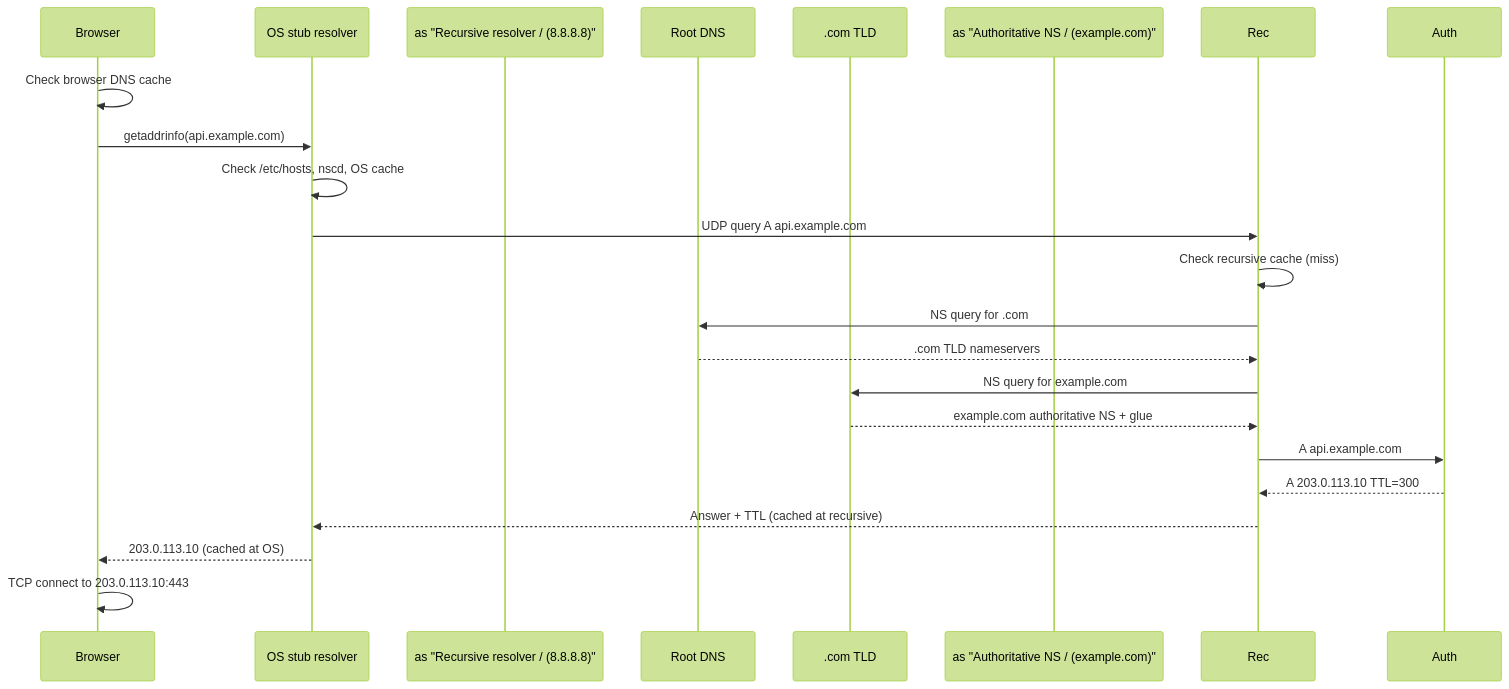
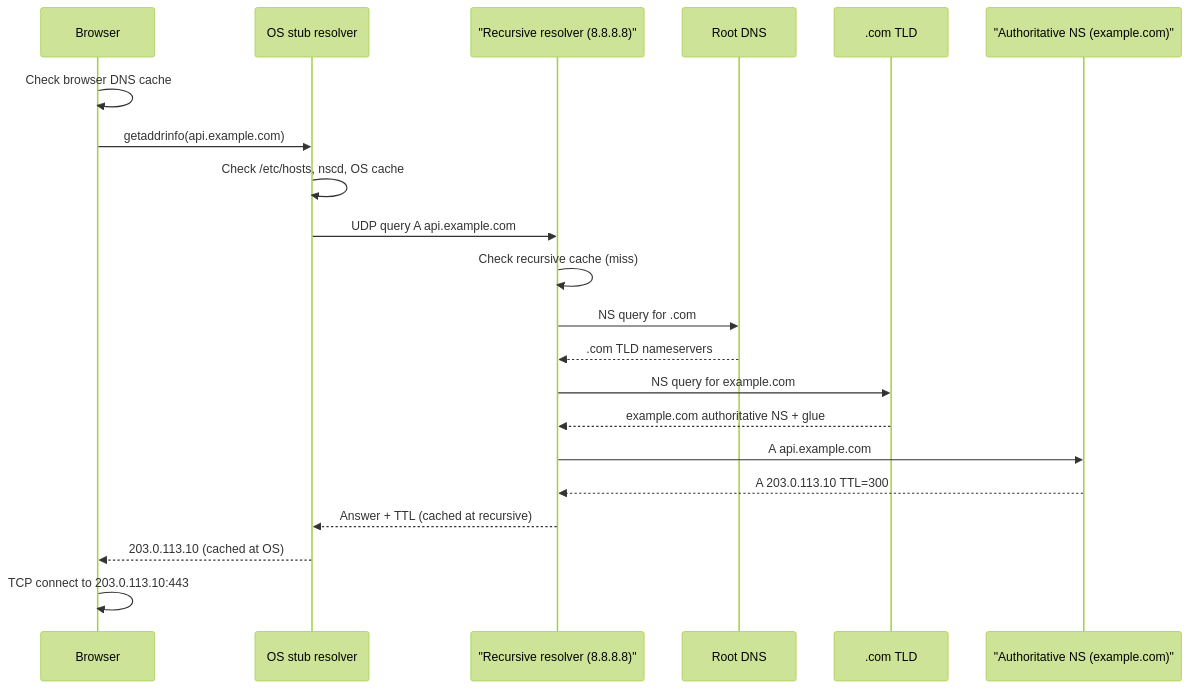
The tenth of 24 diagrams in 01-networking/README.md (hareramcse/SystemDesign), drawn with Mermaid (forest theme) before and after one commit. The commit also changed 6 other files, not shown here.

````diff
--- a/01-networking/README.md
+++ b/01-networking/README.md
@@ -748,24 +748,24 @@
 ```mermaid
 sequenceDiagram
     participant Browser
     participant OS as OS stub resolver
-    participant  as "Recursive resolver / (8.8.8.8)"
+    participant Rec as "Recursive resolver (8.8.8.8)"
     participant Root as Root DNS
     participant TLD as .com TLD
-    participant  as "Authoritative NS / (example.com)"
+    participant Auth as "Authoritative NS (example.com)"
 
     Browser->>Browser: Check browser DNS cache
     Browser->>OS: getaddrinfo(api.example.com)
     OS->>OS: Check /etc/hosts, nscd, OS cache
     OS->>Rec: UDP query A api.example.com
     Rec->>Rec: Check recursive cache (miss)
     Rec->>Root: NS query for .com
     Root-->>Rec: .com TLD nameservers
     Rec->>TLD: NS query for example.com
     TLD-->>Rec: example.com authoritative NS + glue
     Rec->>Auth: A api.example.com
     Auth-->>Rec: A 203.0.113.10 TTL=300
     Rec-->>OS: Answer + TTL (cached at recursive)
     OS-->>Browser: 203.0.113.10 (cached at OS)
     Browser->>Browser: TCP connect to 203.0.113.10:443
 ```
````
